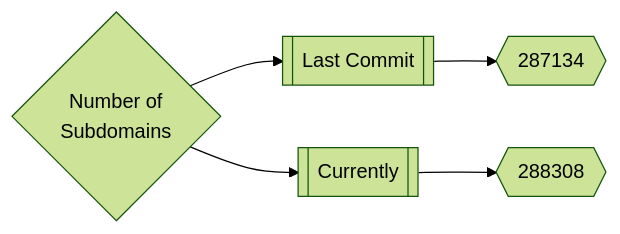
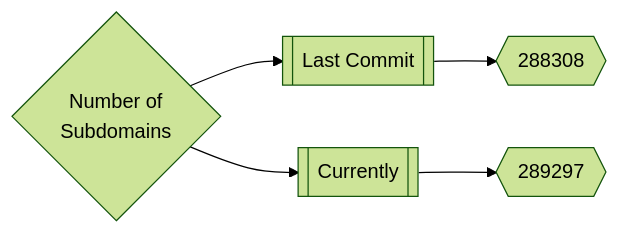
One commit to trickest/inventory changed the first of 3 diagrams in README.md. Above: the diagram before and after it, drawn with Mermaid (forest theme). The commit also changed other lines of this file and 311 other files, not shown here.

````diff
--- a/README.md
+++ b/README.md
@@ -165,5 +165,5 @@
 ```mermaid
 graph LR
-title{Number of<br>Subdomains} --> subdomainsDate1[[Last Commit]] --> subdomainsNum1{{287134}}
-title --> subdomainsDate2[[Currently]] --> subdomainsNum2{{288308}}
+title{Number of<br>Subdomains} --> subdomainsDate1[[Last Commit]] --> subdomainsNum1{{288308}}
+title --> subdomainsDate2[[Currently]] --> subdomainsNum2{{289297}}
 ```
````
